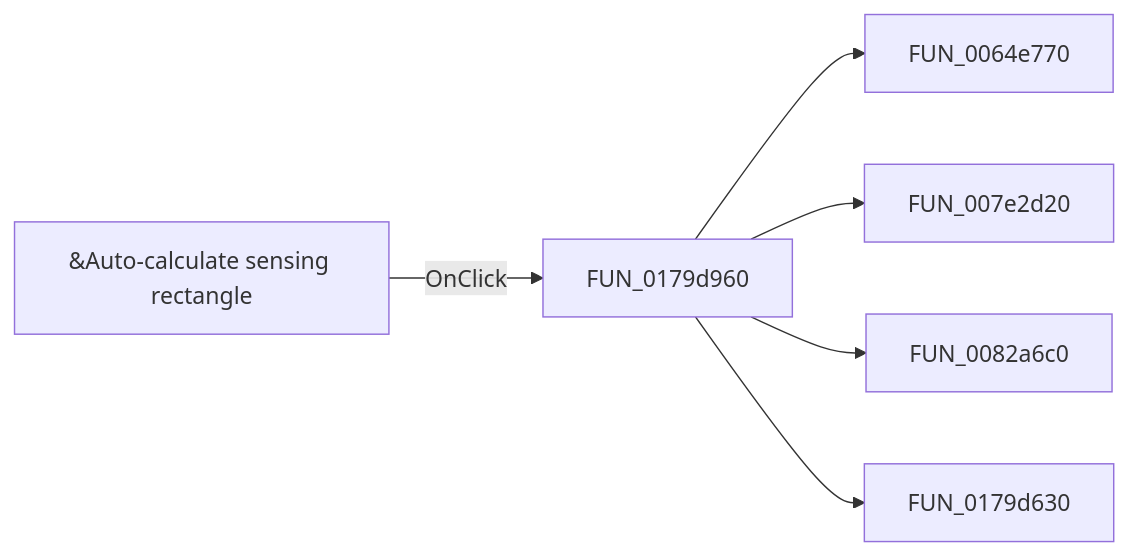
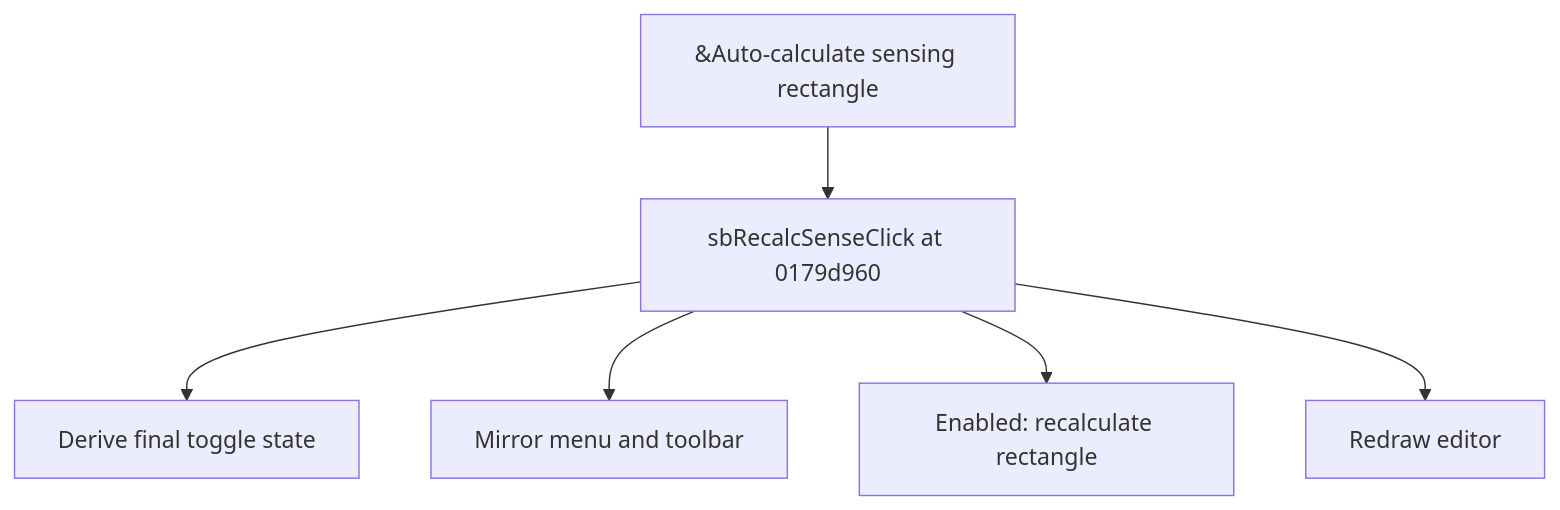
One commit to MovGP0/TIARA changed the diagram in docs/ui-controls/shapeedit/mnautocalculatesensingrectangle-0e6ae3788e.md. Above: the diagram before and after it, drawn with Mermaid. The commit also changed other lines of this file and 1062 other files, not shown here.

````diff
--- a/docs/ui-controls/shapeedit/mnautocalculatesensingrectangle-0e6ae3788e.md
+++ b/docs/ui-controls/shapeedit/mnautocalculatesensingrectangle-0e6ae3788e.md
@@ -27,8 +27,8 @@
 ```mermaid
-flowchart LR
-    control["&Auto-calculate sensing rectangle"] -->|OnClick| handler["FUN_0179d960"]
-    handler --> call1["FUN_0064e770"]
-    handler --> call2["FUN_007e2d20"]
-    handler --> call3["FUN_0082a6c0"]
-    handler --> call4["FUN_0179d630"]
+flowchart TD
+    control["&Auto-calculate sensing rectangle"] --> handler["sbRecalcSenseClick at 0179d960"]
+    handler --> step1["Derive final toggle state"]
+    handler --> step2["Mirror menu and toolbar"]
+    handler --> step3["Enabled: recalculate rectangle"]
+    handler --> step4["Redraw editor"]
 ```
````
